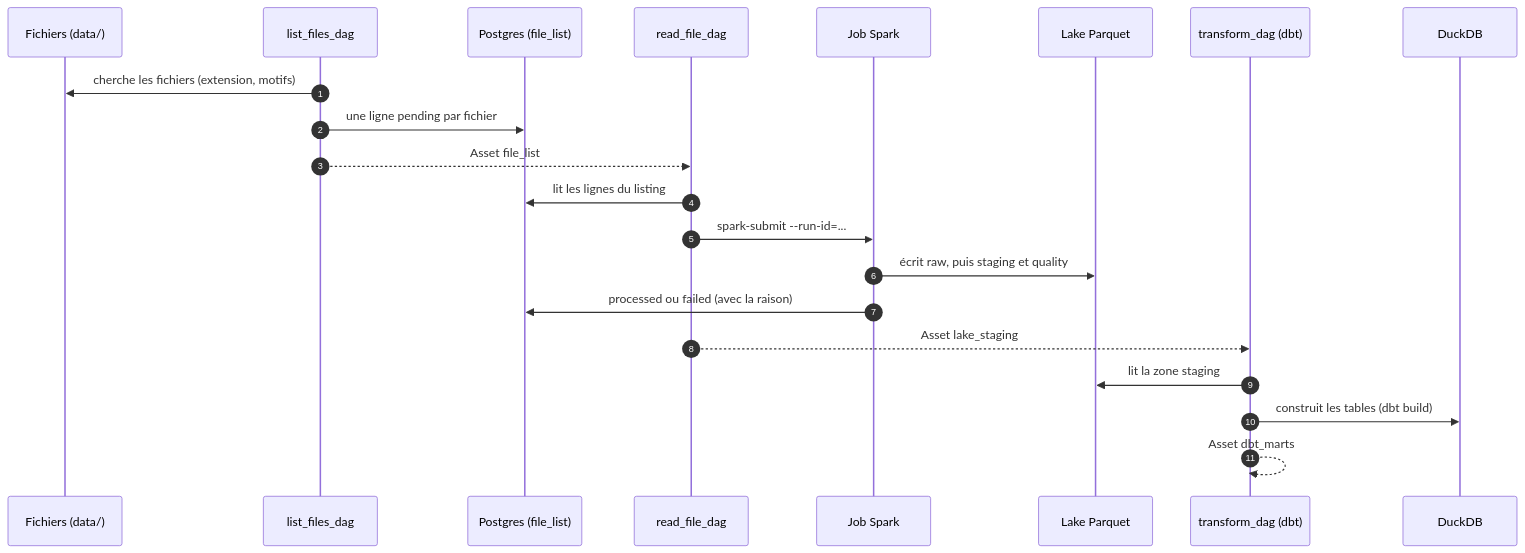
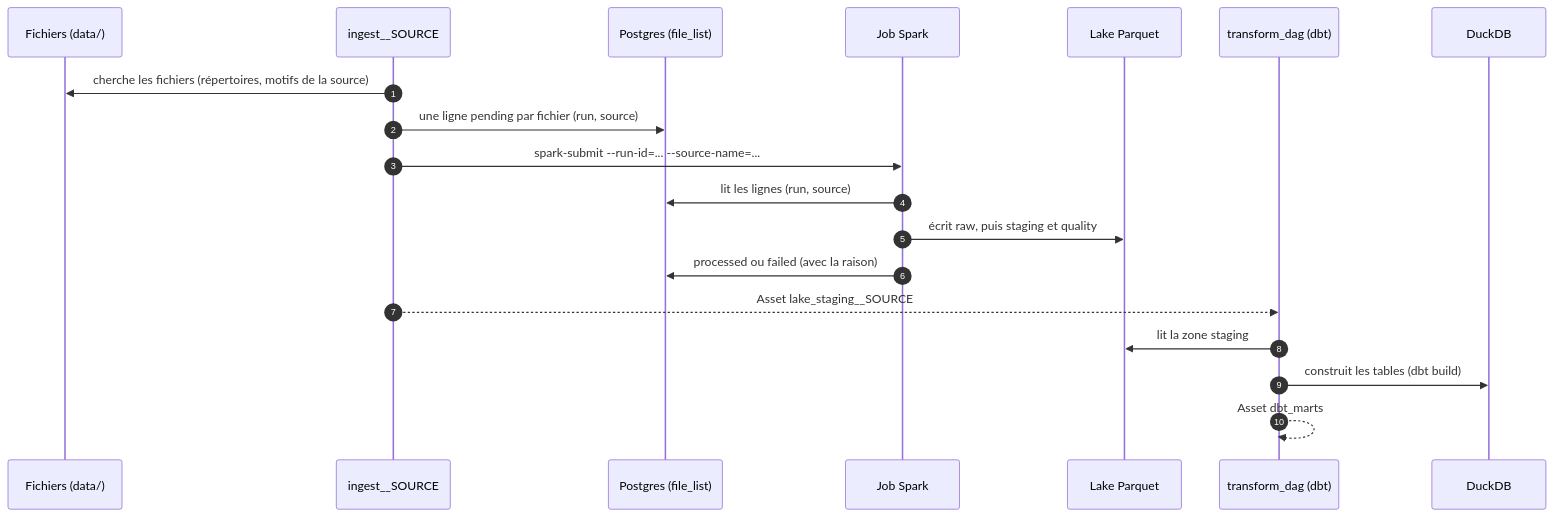
One commit to ledilypaul/airflow_project_one changed the diagram in docs/concepts/vue-densemble.md. Above: the diagram before and after it, drawn with Mermaid. The commit also changed other lines of this file and 69 other files, not shown here.

````diff
--- a/docs/concepts/vue-densemble.md
+++ b/docs/concepts/vue-densemble.md
@@ -6,24 +6,22 @@
 ```{mermaid}
 sequenceDiagram
     autonumber
     participant S as Fichiers (data/)
-    participant L as list_files_dag
+    participant I as ingest__SOURCE
     participant P as Postgres (file_list)
-    participant R as read_file_dag
     participant J as Job Spark
     participant K as Lake Parquet
     participant T as transform_dag (dbt)
     participant D as DuckDB
 
-    L->>S: cherche les fichiers (extension, motifs)
-    L->>P: une ligne pending par fichier
-    L-->>R: Asset file_list
-    R->>P: lit les lignes du listing
-    R->>J: spark-submit --run-id=...
+    I->>S: cherche les fichiers (répertoires, motifs de la source)
+    I->>P: une ligne pending par fichier (run, source)
+    I->>J: spark-submit --run-id=... --source-name=...
+    J->>P: lit les lignes (run, source)
     J->>K: écrit raw, puis staging et quality
     J->>P: processed ou failed (avec la raison)
-    R-->>T: Asset lake_staging
+    I-->>T: Asset lake_staging__SOURCE
     T->>K: lit la zone staging
     T->>D: construit les tables (dbt build)
     T-->>T: Asset dbt_marts
 ```
````
